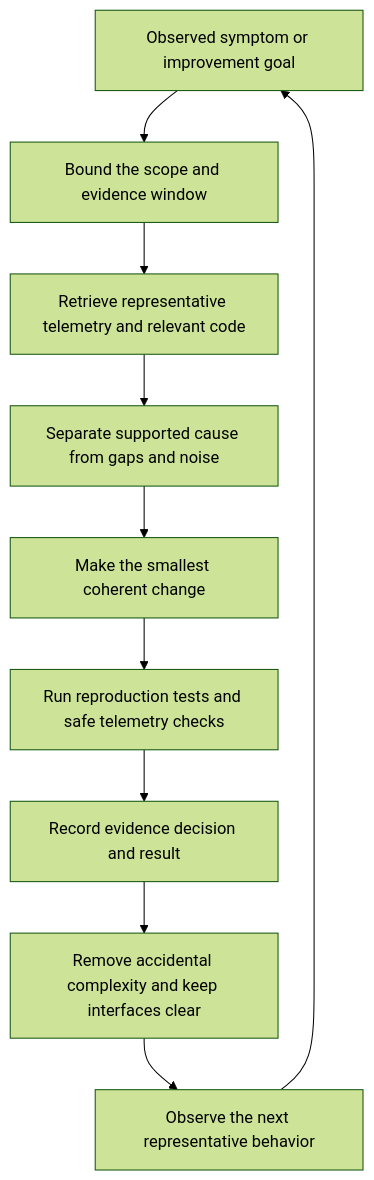
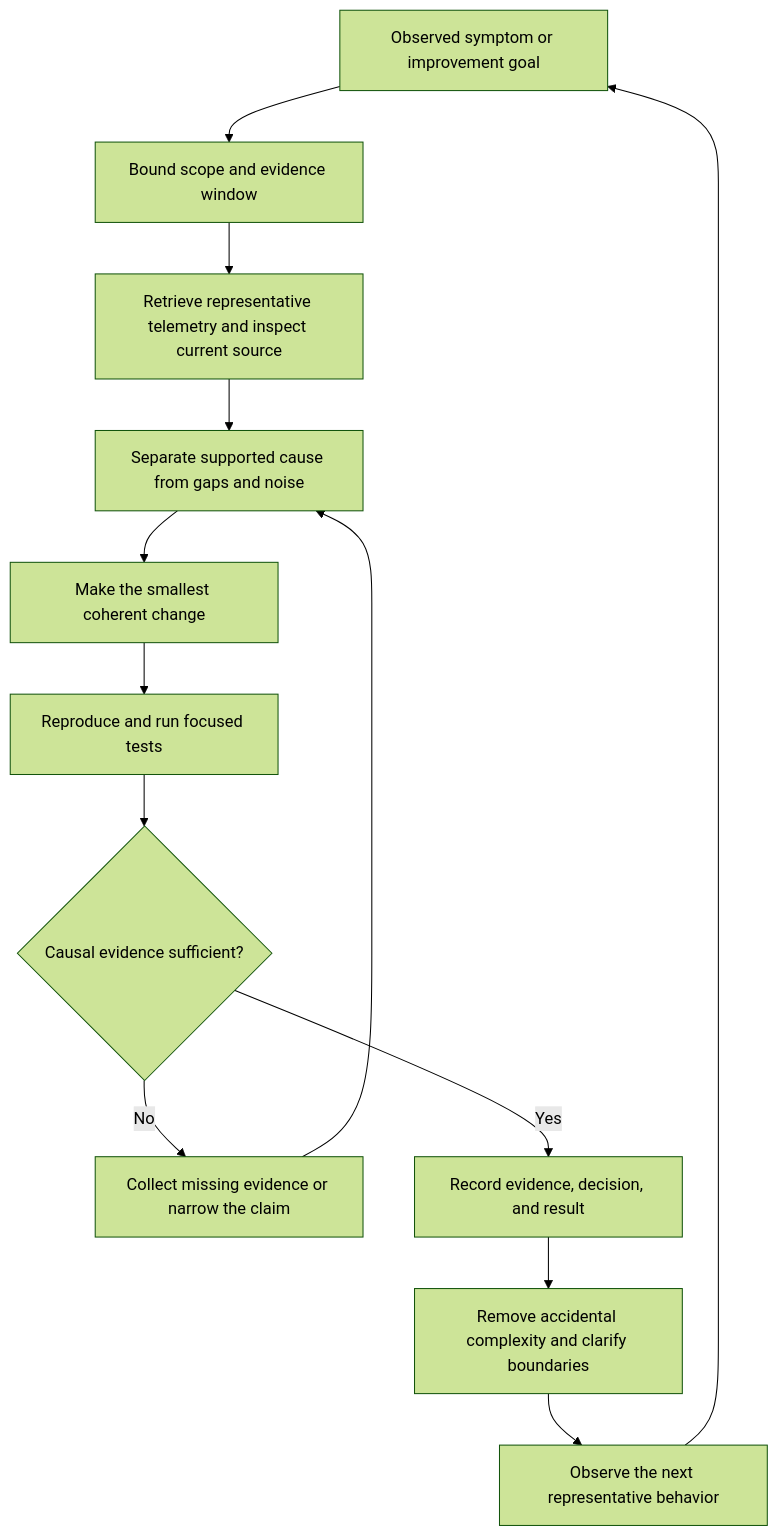
One commit to dima-koshman/skills changed the diagram in openwiki/software-engineering/reliability-and-learning.md. Above: the diagram before and after it, drawn with Mermaid (forest theme). The commit also changed other lines of this file and 15 other files, not shown here.

````diff
--- a/openwiki/software-engineering/reliability-and-learning.md
+++ b/openwiki/software-engineering/reliability-and-learning.md
@@ -42,12 +51,15 @@
 ```mermaid
 flowchart TD
-    Problem["Observed symptom or improvement goal"] --> Bound["Bound the scope and evidence window"]
-    Bound --> Evidence["Retrieve representative telemetry and relevant code"]
+    Problem["Observed symptom or improvement goal"] --> Bound["Bound scope and evidence window"]
+    Bound --> Evidence["Retrieve representative telemetry and inspect current source"]
     Evidence --> Diagnose["Separate supported cause from gaps and noise"]
     Diagnose --> Change["Make the smallest coherent change"]
-    Change --> Verify["Run reproduction tests and safe telemetry checks"]
-    Verify --> Learn["Record evidence decision and result"]
-    Learn --> Simplify["Remove accidental complexity and keep interfaces clear"]
+    Change --> Verify["Reproduce and run focused tests"]
+    Verify --> Confirm{"Causal evidence sufficient?"}
+    Confirm -->|"No"| More["Collect missing evidence or narrow the claim"]
+    More --> Diagnose
+    Confirm -->|"Yes"| Learn["Record evidence, decision, and result"]
+    Learn --> Simplify["Remove accidental complexity and clarify boundaries"]
     Simplify --> Observe["Observe the next representative behavior"]
     Observe --> Problem
 ```
````
